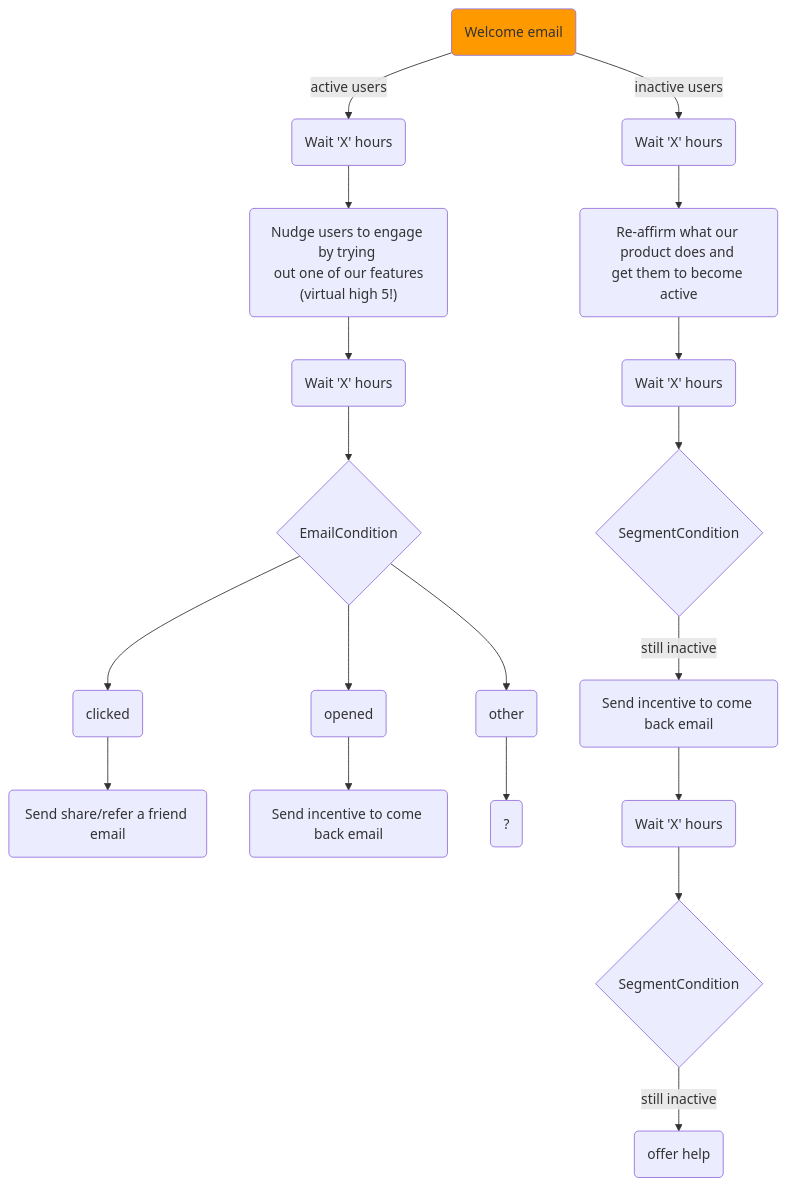
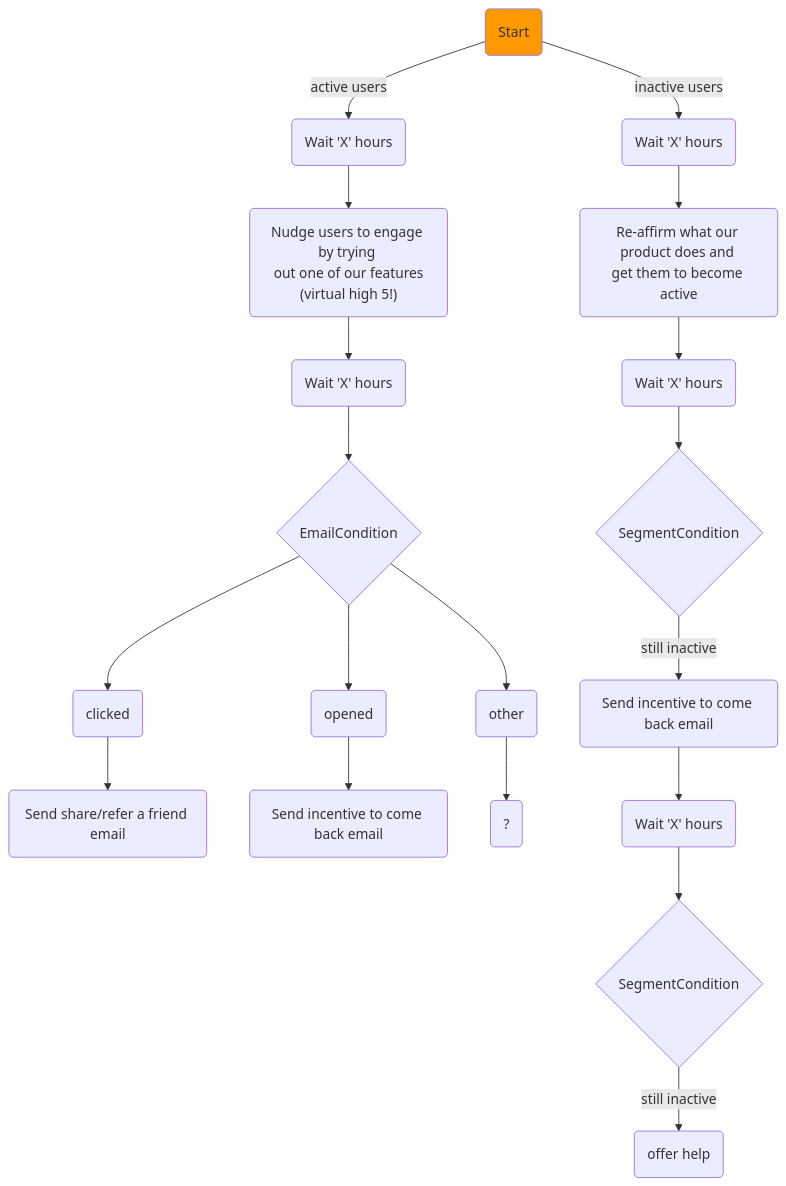
Before and after one commit to Ryanjlowe/awsdue.tv: the second of 2 diagrams in content/pinpoint-journeys/overview.md, drawn with Mermaid. The commit also changed other lines of this file and 4 other files, not shown here.

```diff
--- a/content/pinpoint-journeys/overview.md
+++ b/content/pinpoint-journeys/overview.md
@@ -11,25 +27,25 @@
 {{<mermaid align="center">}}
 graph TD;
 
-    1("Welcome email")-- active users -->2("Wait 'X' hours")
+    1("Start")-- active users -->2("Wait 'X' hours")
     2 --> 3("Nudge users to engage by trying <br>out one of our features<br>(virtual high 5!)")
     3 --> 4("Wait 'X' hours")
     4 --> 5{EmailCondition}
     5 --> 6(clicked)
     5 --> 7(opened)
     5 --> 8(other)
     6-->9("Send share/refer a friend email")
     7-->10("Send incentive to come back email")
     8-->11("?")
     1 -- inactive users -->12("Wait 'X' hours")
     12 --> 13("Re-affirm what our product does and <br>get them to become active")
     13 --> 14("Wait 'X' hours")
     14 --> 15{SegmentCondition}
     15 -- still inactive -->16("Send incentive to come back email")
     16 --> 17("Wait 'X' hours")
     17 --> 18{SegmentCondition}
     18 -- still inactive -->19("offer help")
     
     style 1 fill:#FF9900
     
 {{< /mermaid >}}
```
